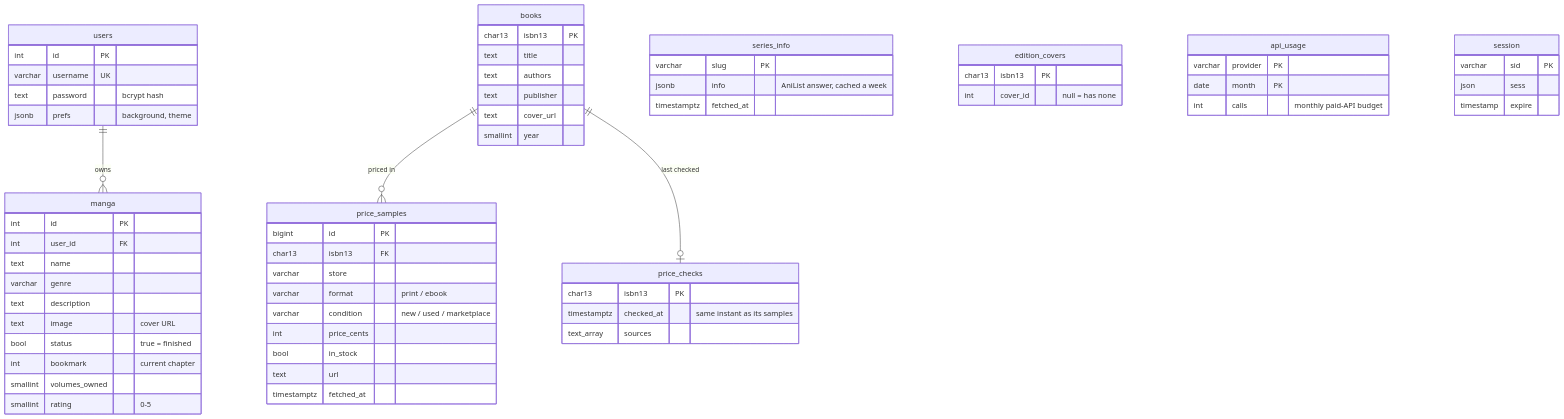
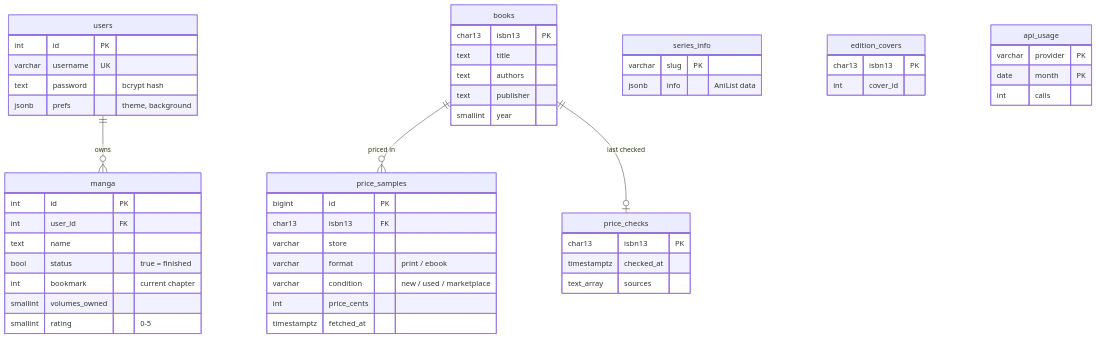
The fourth of 6 diagrams in README.md (Shriyashzzz/mangaTracker), drawn with Mermaid before and after one commit. The commit also changed other lines of this file and 1 other file, not shown here.

````diff
--- a/README.md
+++ b/README.md
@@ -279,68 +354,56 @@
 ```mermaid
 erDiagram
-  users ||--o{ manga : "owns"
+  users ||--o{ manga : owns
   books ||--o{ price_samples : "priced in"
   books ||--o| price_checks : "last checked"
 
   users {
     int id PK
     varchar username UK
     text password "bcrypt hash"
-    jsonb prefs "background, theme"
+    jsonb prefs "theme, background"
   }
   manga {
     int id PK
     int user_id FK
     text name
-    varchar genre
-    text description
-    text image "cover URL"
     bool status "true = finished"
     int bookmark "current chapter"
     smallint volumes_owned
     smallint rating "0-5"
   }
   books {
     char13 isbn13 PK
     text title
     text authors
     text publisher
-    text cover_url
     smallint year
   }
   price_samples {
     bigint id PK
     char13 isbn13 FK
     varchar store
     varchar format "print / ebook"
     varchar condition "new / used / marketplace"
     int price_cents
-    bool in_stock
-    text url
     timestamptz fetched_at
   }
   price_checks {
     char13 isbn13 PK
-    timestamptz checked_at "same instant as its samples"
+    timestamptz checked_at
     text_array sources
   }
   series_info {
     varchar slug PK
-    jsonb info "AniList answer, cached a week"
-    timestamptz fetched_at
+    jsonb info "AniList data"
   }
   edition_covers {
     char13 isbn13 PK
-    int cover_id "null = has none"
+    int cover_id
   }
   api_usage {
     varchar provider PK
     date month PK
-    int calls "monthly paid-API budget"
-  }
-  session {
-    varchar sid PK
-    json sess
-    timestamp expire
+    int calls
   }
 ```
````
